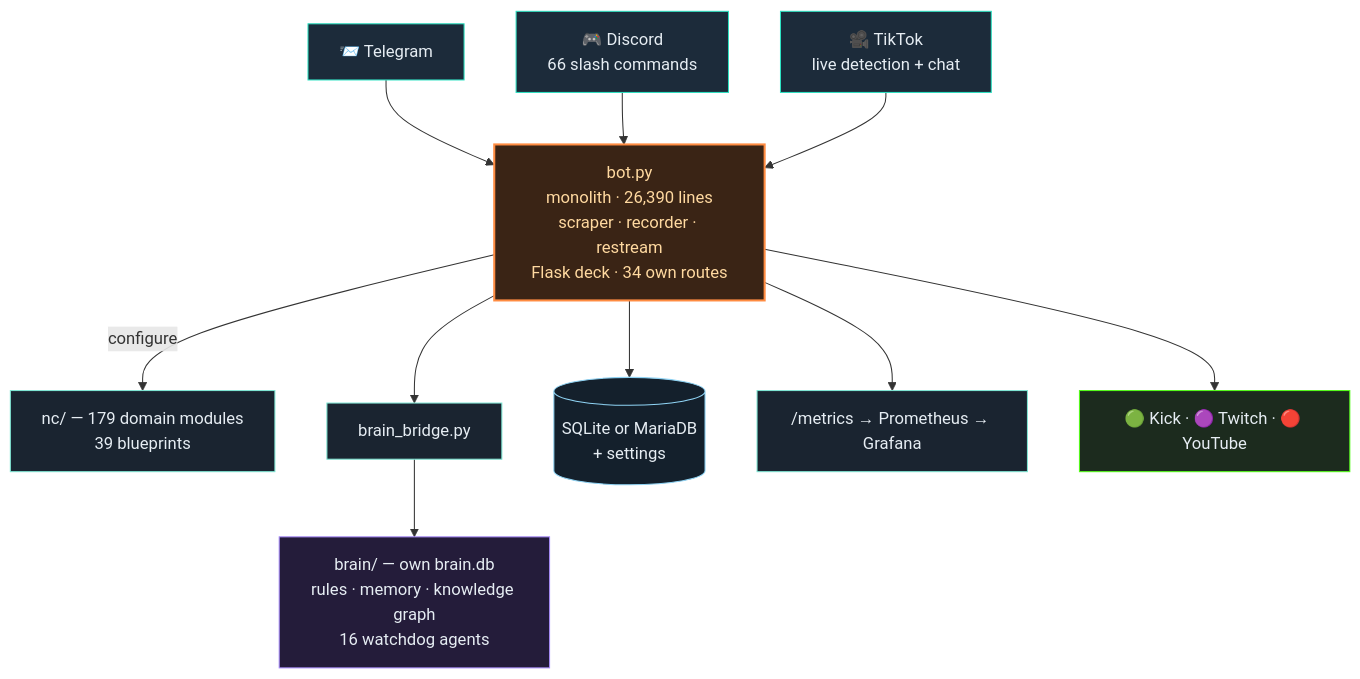
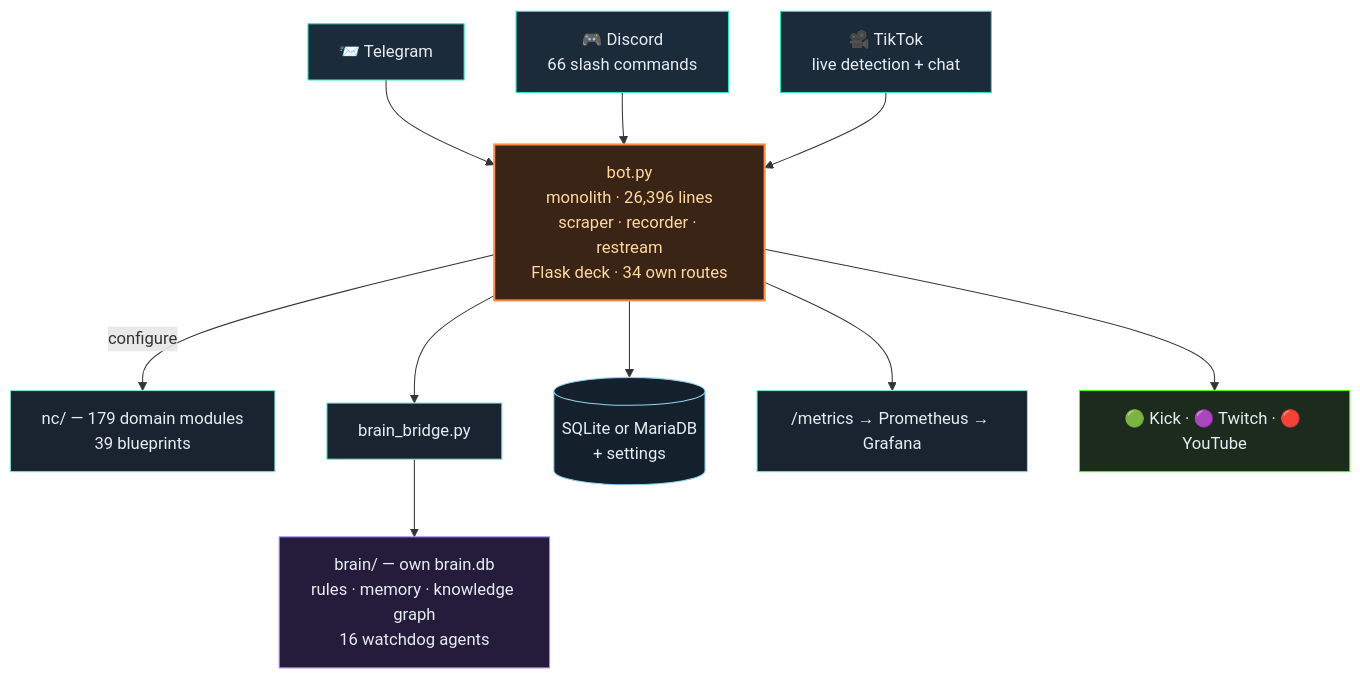
One commit to itsamemedev/Telegram-Stream-Info-Bot changed the second of 3 diagrams in README.en.md. Above: the diagram before and after it, drawn with Mermaid. The commit also changed other lines of this file and 16 other files, not shown here.

````diff
--- a/README.en.md
+++ b/README.en.md
@@ -119,19 +119,19 @@
 ```mermaid
 flowchart TB
     TG["📨 Telegram"]:::ein --> BOT
     DC["🎮 Discord<br/>66 slash commands"]:::ein --> BOT
     TT["🎥 TikTok<br/>live detection + chat"]:::ein --> BOT
-    BOT["bot.py<br/>monolith · 26,390 lines<br/>scraper · recorder · restream<br/>Flask deck · 34 own routes"]:::core
+    BOT["bot.py<br/>monolith · 26,396 lines<br/>scraper · recorder · restream<br/>Flask deck · 34 own routes"]:::core
     BOT -->|configure| NC["nc/ — 179 domain modules<br/>39 blueprints"]:::lib
     BOT --> BR["brain_bridge.py"]:::lib
     BR --> BRAIN["brain/ — own brain.db<br/>rules · memory · knowledge graph<br/>16 watchdog agents"]:::brain
     BOT --> DB[("SQLite or MariaDB<br/>+ settings")]:::db
     BOT --> PROM["/metrics → Prometheus → Grafana"]:::lib
     BOT --> OUT["🟢 Kick · 🟣 Twitch · 🔴 YouTube"]:::out
     classDef ein fill:#1c2b3a,stroke:#2de1c2,color:#e6edf3
     classDef core fill:#3a2415,stroke:#ff8c42,stroke-width:2px,color:#ffd9a0
     classDef lib fill:#1a2430,stroke:#7fe7d4,color:#e6edf3
     classDef brain fill:#241c3a,stroke:#a78bfa,color:#e6edf3
     classDef db fill:#14202c,stroke:#8fd3f4,color:#e6edf3
     classDef out fill:#1c2b1e,stroke:#53fc18,color:#e6edf3
 ```
````
